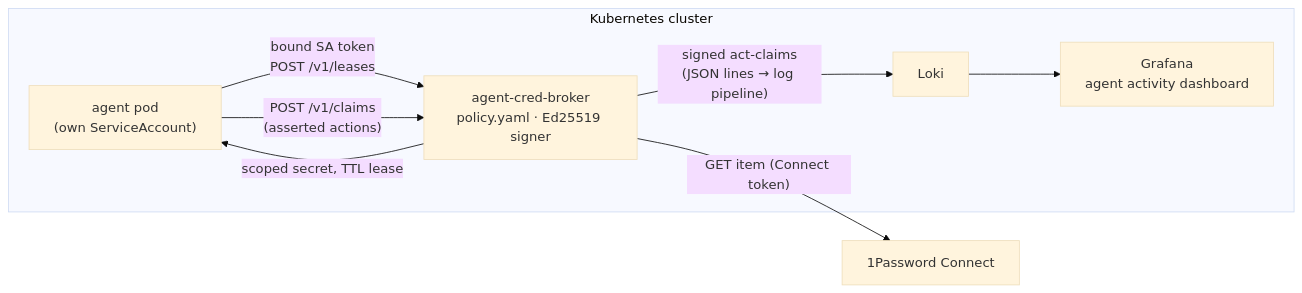
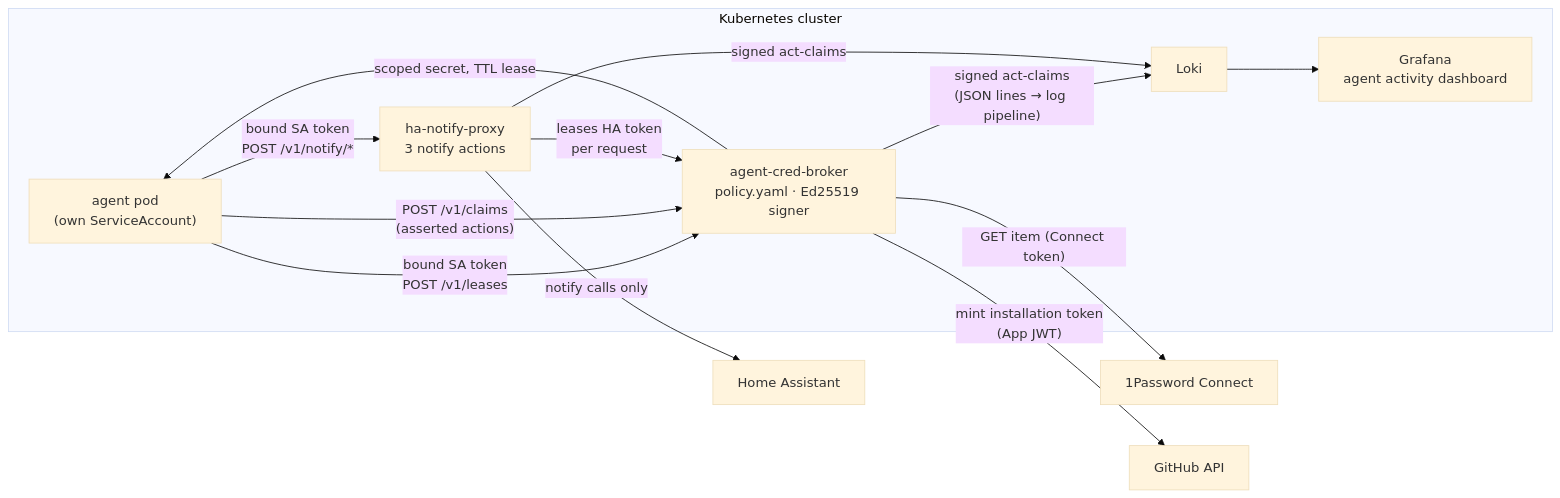
The diagram in README.md (amorabito/agent-cred-broker), drawn with Mermaid (base theme) before and after one commit. The commit also changed other lines of this file and 3 other files, not shown here.

````diff
--- a/README.md
+++ b/README.md
@@ -87,15 +89,21 @@
 ```mermaid
 flowchart LR
     subgraph cluster["Kubernetes cluster"]
         A["agent pod\n(own ServiceAccount)"]
         B["agent-cred-broker\npolicy.yaml · Ed25519 signer"]
+        P["ha-notify-proxy\n3 notify actions"]
         L["Loki"]
         G["Grafana\nagent activity dashboard"]
         A -- "bound SA token\nPOST /v1/leases" --> B
         B -- "scoped secret, TTL lease" --> A
         A -- "POST /v1/claims\n(asserted actions)" --> B
+        A -- "bound SA token\nPOST /v1/notify/*" --> P
+        P -- "leases HA token\nper request" --> B
         B -- "signed act-claims\n(JSON lines → log pipeline)" --> L
+        P -- "signed act-claims" --> L
         L --> G
     end
     B -- "GET item (Connect token)" --> OP["1Password Connect"]
+    B -- "mint installation token\n(App JWT)" --> GH["GitHub API"]
+    P -- "notify calls only" --> HA["Home Assistant"]
 ```
````
